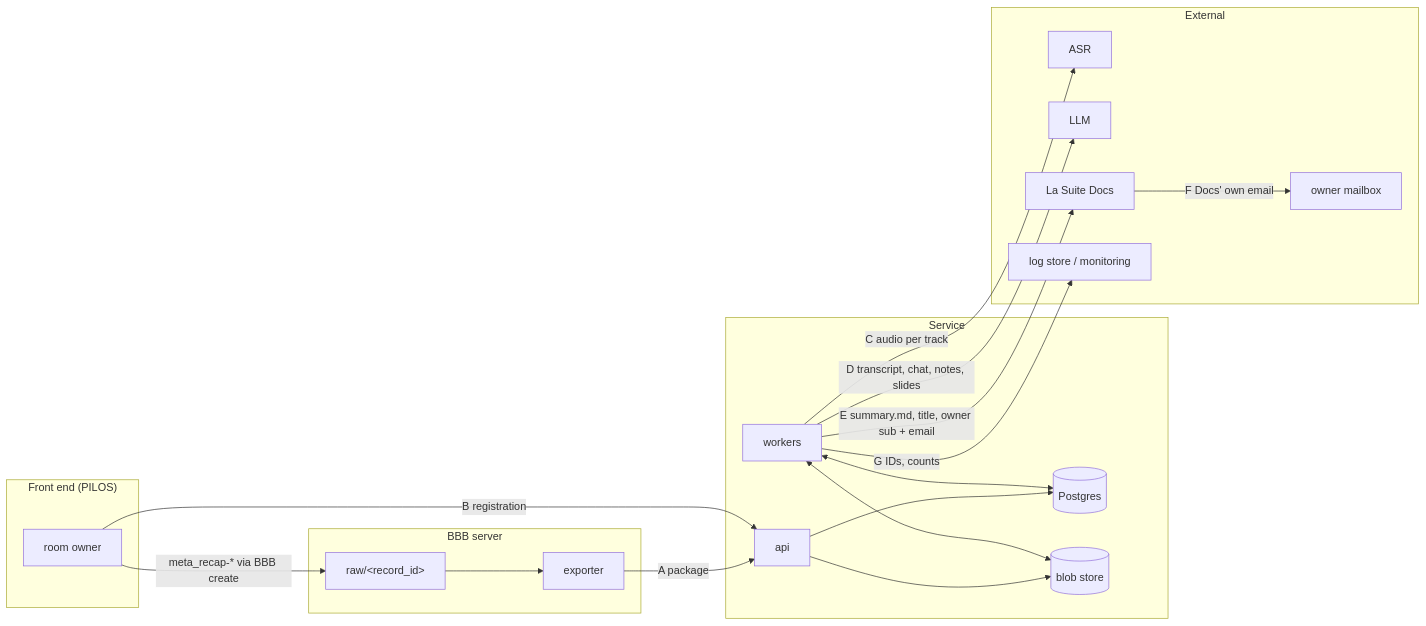
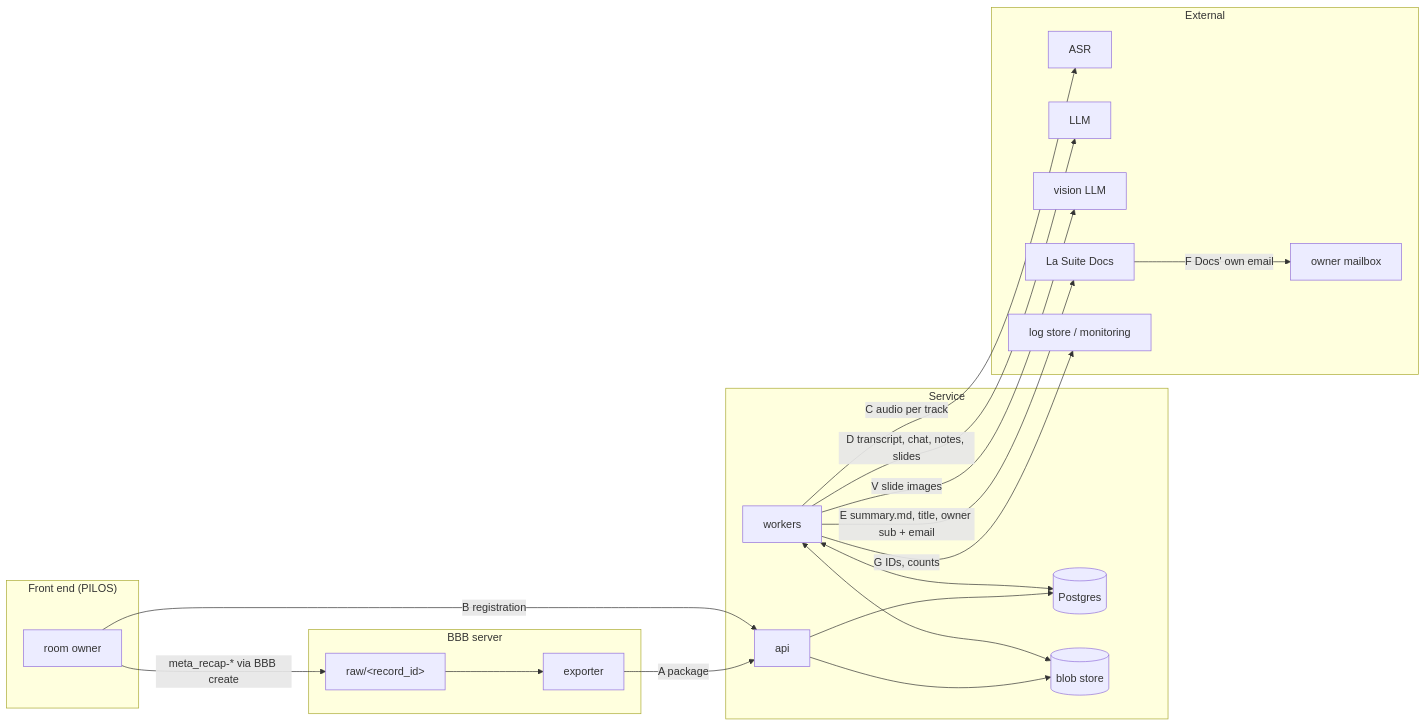
Before and after one commit to virtUOS/bbb-recap: the diagram in docs/reference/privacy.md, drawn with Mermaid. The commit also changed other lines of this file and 9 other files, not shown here.

First line of the commit message:
docs: specify slide images as context for the summary

````diff
--- a/docs/reference/privacy.md
+++ b/docs/reference/privacy.md
@@ -23,30 +23,32 @@
 ```mermaid
 flowchart LR
   subgraph Z1["BBB server"]
     RAW["raw/&lt;record_id&gt;"] --> EXP["exporter"]
   end
   subgraph Z2["Front end (PILOS)"]
     FE["room owner"]
   end
   subgraph Z3["Service"]
     API["api"] --> PG[("Postgres")]
     API --> BLOB[("blob store")]
     W["workers"] <--> PG
     W <--> BLOB
   end
   subgraph Z4["External"]
     ASR["ASR"]
     LLM["LLM"]
+    VIS["vision LLM"]
     DOCS["La Suite Docs"]
     MAIL["owner mailbox"]
     MON["log store / monitoring"]
   end
   FE -- "meta_recap-* via BBB create" --> RAW
   EXP -- "A package" --> API
   FE -- "B registration" --> API
   W -- "C audio per track" --> ASR
   W -- "D transcript, chat, notes, slides" --> LLM
+  W -- "V slide images" --> VIS
   W -- "E summary.md, title, owner sub + email" --> DOCS
   DOCS -- "F Docs' own email" --> MAIL
   W -- "G IDs, counts" --> MON
 ```
````
